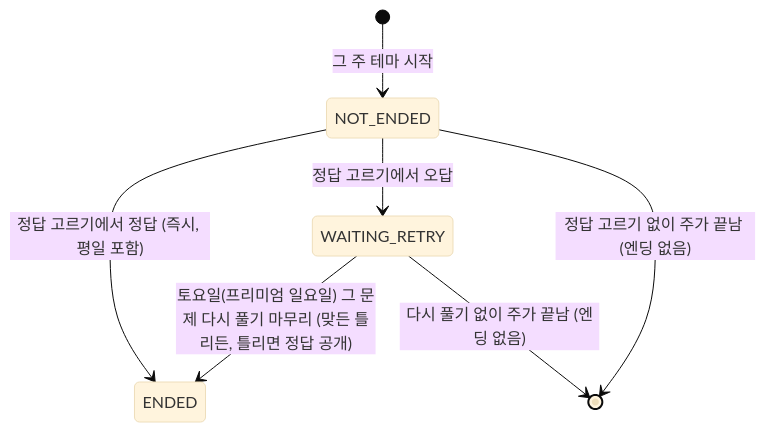
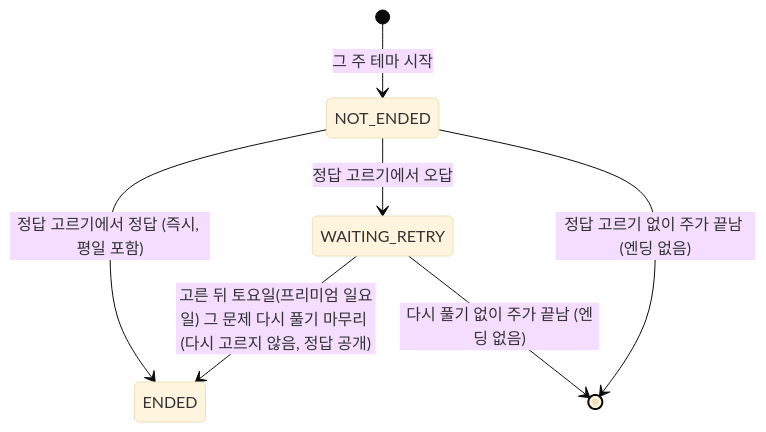
The ninth of 26 diagrams in docs/design/state-diagram.md (SKNETWORKS-FAMILY-AICAMP/SKN34-FINAL-3TEAM), drawn with Mermaid (base theme) before and after one commit. The commit also changed other lines of this file and 9 other files, not shown here.

````diff
--- a/docs/design/state-diagram.md
+++ b/docs/design/state-diagram.md
@@ -253,9 +253,9 @@
 ```mermaid
 stateDiagram-v2
   [*] --> NOT_ENDED: 그 주 테마 시작
   NOT_ENDED --> ENDED: 정답 고르기에서 정답 (즉시, 평일 포함)
   NOT_ENDED --> WAITING_RETRY: 정답 고르기에서 오답
-  WAITING_RETRY --> ENDED: 토요일(프리미엄 일요일) 그 문제 다시 풀기 마무리 (맞든 틀리든, 틀리면 정답 공개)
+  WAITING_RETRY --> ENDED: 고른 뒤 토요일(프리미엄 일요일) 그 문제 다시 풀기 마무리 (다시 고르지 않음, 정답 공개)
   WAITING_RETRY --> [*]: 다시 풀기 없이 주가 끝남 (엔딩 없음)
   NOT_ENDED --> [*]: 정답 고르기 없이 주가 끝남 (엔딩 없음)
 ```
````
